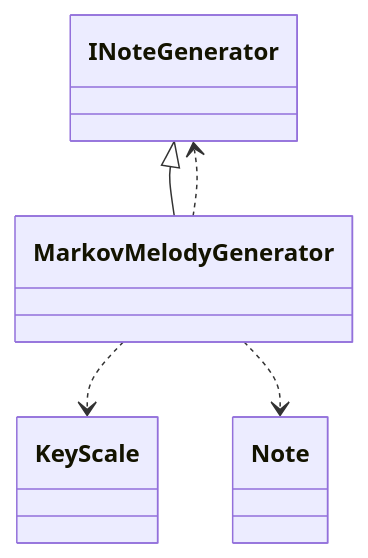
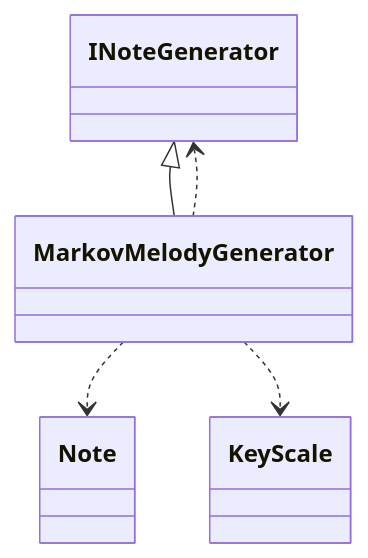
Before and after one commit to schnock-art/project_inspector: diagram 36 of 39 in test/test.md, drawn with Mermaid. The commit also changed other lines of this file and 3 other files, not shown here.

````diff
--- a/test/test.md
+++ b/test/test.md
@@ -620,7 +656,7 @@
 ```mermaid
 classDiagram
 INoteGenerator <|-- MarkovMelodyGenerator
-MarkovMelodyGenerator ..> KeyScale
 MarkovMelodyGenerator ..> INoteGenerator
 MarkovMelodyGenerator ..> Note
+MarkovMelodyGenerator ..> KeyScale
 ```
````
